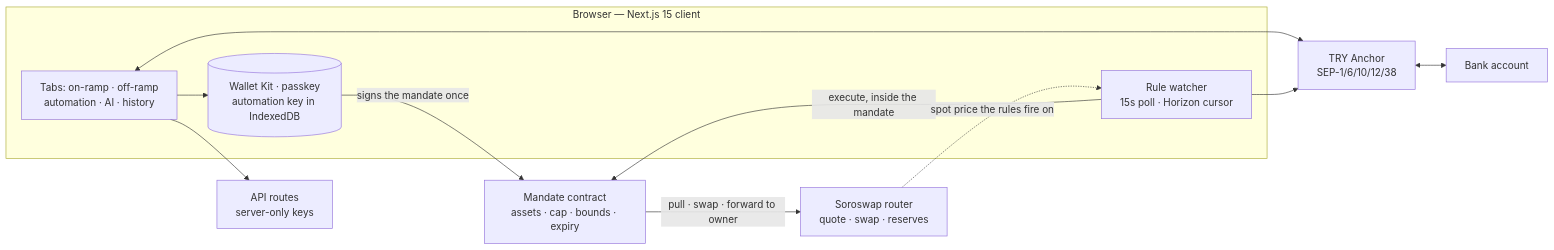
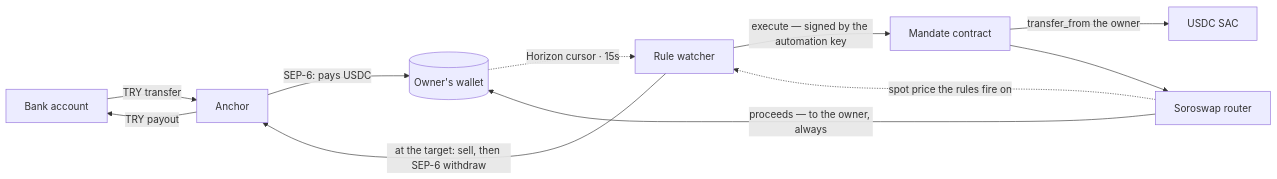
Before and after one commit to murat48/Conduit: the second of 2 diagrams in README.md, drawn with Mermaid. The commit also changed other lines of this file, not shown here.

Commit message:
docs: split the architecture into its two phases
One diagram carried two different times at once: "signs the mandate once" and
"executes on every payment" sat on the same canvas as though they happened
together, which is exactly the distinction the product turns on.

Drawn as two, the claim is legible from the picture. The owner appears in phase
one and is absent from phase two — and phase two has no edge ending anywhere
but back at their wallet, because the recipient is not something a caller can
choose.

````diff
--- a/README.md
+++ b/README.md
@@ -84,23 +100,13 @@
 ```mermaid
 flowchart LR
-    subgraph browser["Browser — Next.js 15 client"]
-        UI["Tabs: on-ramp · off-ramp<br/>automation · AI · history"]
-        WATCH["Rule watcher<br/>15s poll · Horizon cursor"]
-        KEYS[("Wallet Kit · passkey<br/>automation key in IndexedDB")]
-    end
-    API["API routes<br/>server-only keys"]
-    ANCHOR["TRY Anchor<br/>SEP-1/6/10/12/38"]
-    MANDATE["Mandate contract<br/>assets · cap · bounds · expiry"]
-    ROUTER["Soroswap router<br/>quote · swap · reserves"]
-    BANK["Bank account"]
-
-    UI --> KEYS
-    UI --> API
-    UI <--> ANCHOR
-    WATCH --> ANCHOR
-    WATCH -->|"execute, inside the mandate"| MANDATE
-    KEYS -->|"signs the mandate once"| MANDATE
-    MANDATE -->|"pull · swap · forward to owner"| ROUTER
+    BANK["Bank account"] -->|"TRY transfer"| ANCHOR["Anchor"]
+    ANCHOR -->|"SEP-6: pays USDC"| WALLET[("Owner's wallet")]
+    WALLET -.->|"Horizon cursor · 15s"| WATCH["Rule watcher"]
+    WATCH -->|"execute — signed by the automation key"| MANDATE["Mandate contract"]
+    MANDATE -->|"transfer_from the owner"| SAC["USDC SAC"]
+    MANDATE --> ROUTER["Soroswap router"]
+    ROUTER -->|"proceeds — to the owner, always"| WALLET
     ROUTER -.->|"spot price the rules fire on"| WATCH
-    ANCHOR <--> BANK
+    WATCH -->|"at the target: sell, then SEP-6 withdraw"| ANCHOR
+    ANCHOR -->|"TRY payout"| BANK
 ```
````
